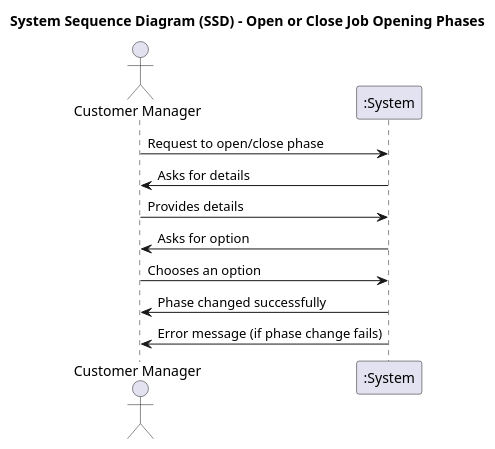
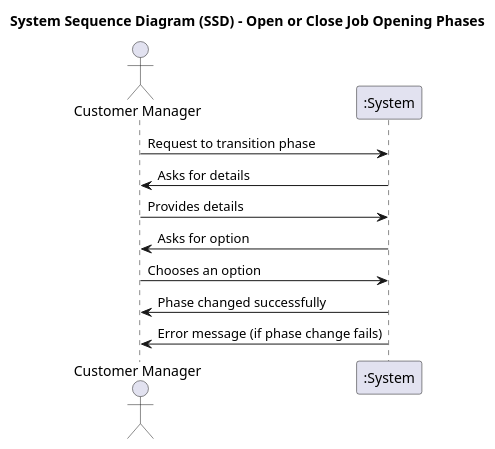
The diagram in docs/sprintC/US1010/01.requirements-engineering/puml/SSD.puml (Mendoncaa/LAPR4), drawn with PlantUML before and after one commit. The commit also changed 1 other file, not shown here.

```diff
--- a/docs/sprintC/US1010/01.requirements-engineering/puml/SSD.puml
+++ b/docs/sprintC/US1010/01.requirements-engineering/puml/SSD.puml
@@ -1,19 +1,19 @@
 @startuml
 
 title System Sequence Diagram (SSD) - Open or Close Job Opening Phases
 
 actor "Customer Manager" as CM
 participant ":System" as S
 
-CM -> S : Request to open/close phase
+CM -> S : Request to transition phase
 
 S -> CM : Asks for details
 CM -> S : Provides details
 
 S -> CM : Asks for option
 CM -> S : Chooses an option
 
 S -> CM : Phase changed successfully
 S -> CM : Error message (if phase change fails)
 
 @enduml
```
